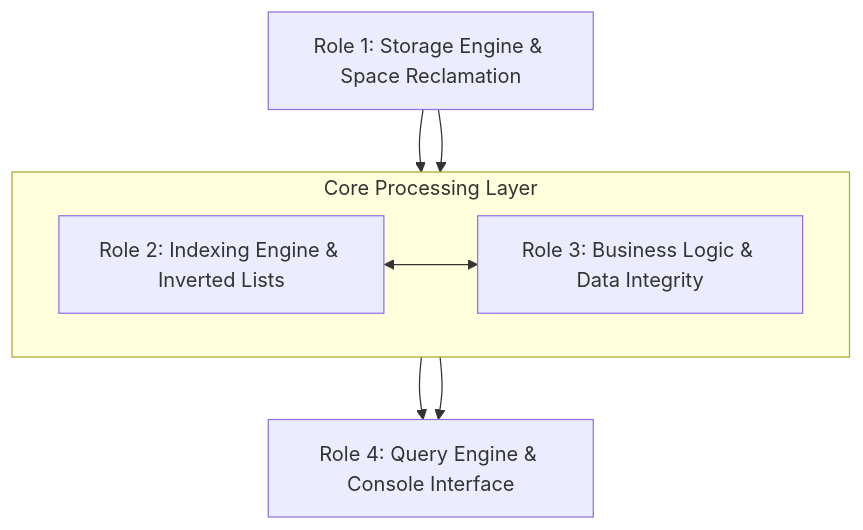
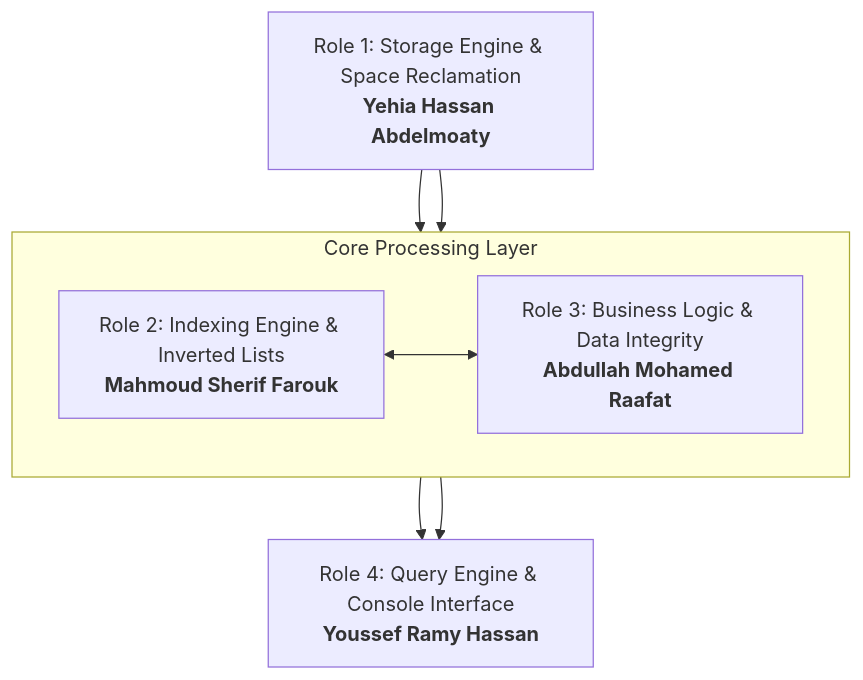
One commit to zzokm/File-Management-Assignment1 changed the diagram in README.md. Above: the diagram before and after it, drawn with Mermaid. The commit also changed other lines of this file and 2 other files, not shown here.

````diff
--- a/README.md
+++ b/README.md
@@ -44,18 +63,18 @@
 ```mermaid
 flowchart TD
-    M1["Role 1: Storage Engine & Space Reclamation"]
+    M1["Role 1: Storage Engine & Space Reclamation<br/><b>Yehia Hassan Abdelmoaty</b>"]
 
     subgraph Core ["Core Processing Layer"]
         direction LR
-        M2["Role 2: Indexing Engine & Inverted Lists"]
-        M3["Role 3: Business Logic & Data Integrity"]
+        M2["Role 2: Indexing Engine & Inverted Lists<br/><b>Mahmoud Sherif Farouk</b>"]
+        M3["Role 3: Business Logic & Data Integrity<br/><b>Abdullah Mohamed Raafat</b>"]
         M2 <--> M3
     end
 
-    M4["Role 4: Query Engine & Console Interface"]
+    M4["Role 4: Query Engine & Console Interface<br/><b>Youssef Ramy Hassan</b>"]
 
     M1 --> M2
     M1 --> M3
     M2 --> M4
     M3 --> M4
 ```
````
